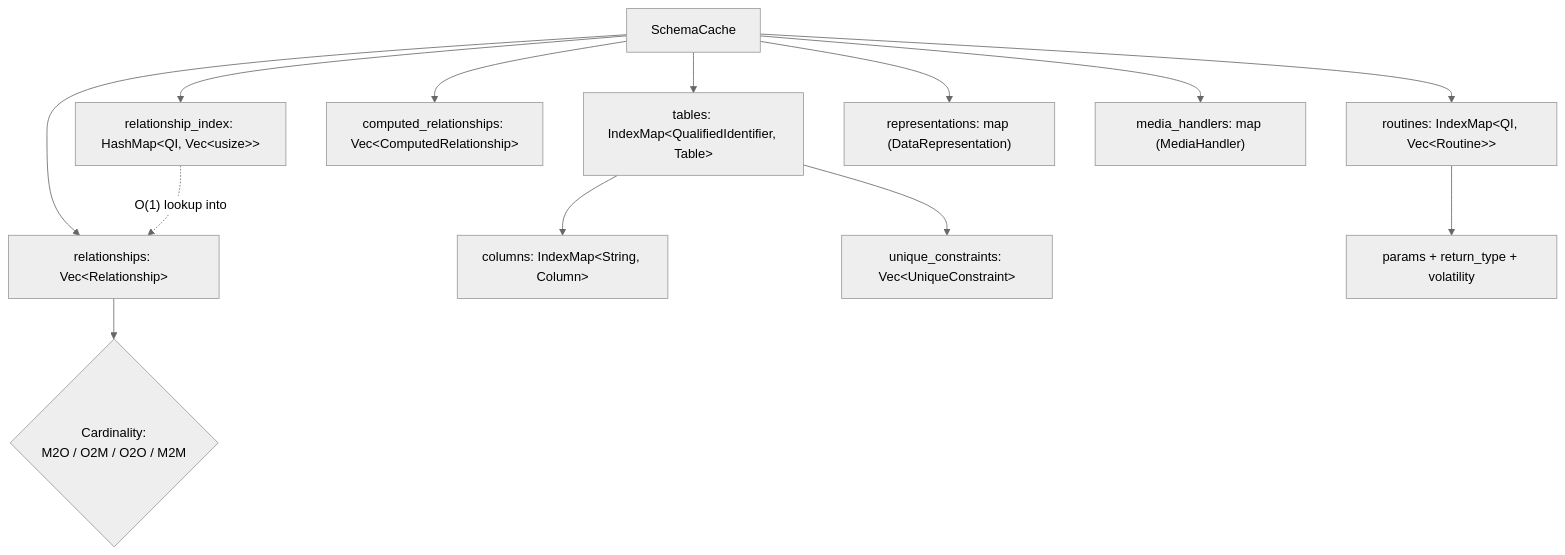
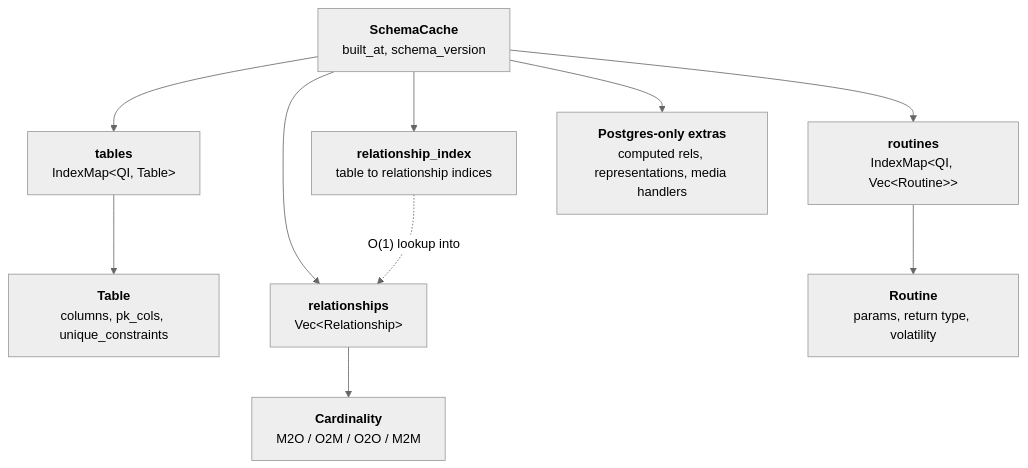
The first of 2 diagrams in arch/05-schema-cache.md (pgvis/pgvis), drawn with Mermaid (neutral theme) before and after one commit. The commit also changed other lines of this file and 29 other files, not shown here.

````diff
--- a/arch/05-schema-cache.md
+++ b/arch/05-schema-cache.md
@@ -33,15 +28,19 @@
 ```mermaid
-flowchart TD
-    SCC[SchemaCache] --> T["tables: IndexMap&lt;QualifiedIdentifier, Table&gt;"]
-    SCC --> R["relationships: Vec&lt;Relationship&gt;"]
-    SCC --> RI["relationship_index: HashMap&lt;QI, Vec&lt;usize&gt;&gt;"]
-    SCC --> CR["computed_relationships: Vec&lt;ComputedRelationship&gt;"]
-    SCC --> RT["routines: IndexMap&lt;QI, Vec&lt;Routine&gt;&gt;"]
-    SCC --> RP["representations: map (DataRepresentation)"]
-    SCC --> MH["media_handlers: map (MediaHandler)"]
-    T --> C["columns: IndexMap&lt;String, Column&gt;"]
-    T --> UC["unique_constraints: Vec&lt;UniqueConstraint&gt;"]
-    R --> CARD{Cardinality:<br/>M2O / O2M / O2O / M2M}
-    RI -.->|"O(1) lookup into"| R
-    RT --> RPm[params + return_type + volatility]
+flowchart TB
+    scc["<b>SchemaCache</b><br/>built_at, schema_version"]
+    t["<b>tables</b><br/>IndexMap&lt;QI, Table&gt;"]
+    tbl["<b>Table</b><br/>columns, pk_cols, unique_constraints"]
+    r["<b>relationships</b><br/>Vec&lt;Relationship&gt;"]
+    card["<b>Cardinality</b><br/>M2O / O2M / O2O / M2M"]
+    ri["<b>relationship_index</b><br/>table to relationship indices"]
+    rt["<b>routines</b><br/>IndexMap&lt;QI, Vec&lt;Routine&gt;&gt;"]
+    rtn["<b>Routine</b><br/>params, return type, volatility"]
+    extra["<b>Postgres-only extras</b><br/>computed rels, representations, media handlers"]
+
+    scc --> t --> tbl
+    scc --> r --> card
+    scc --> ri
+    ri -.->|"O(1) lookup into"| r
+    scc --> rt --> rtn
+    scc --> extra
 ```
````
